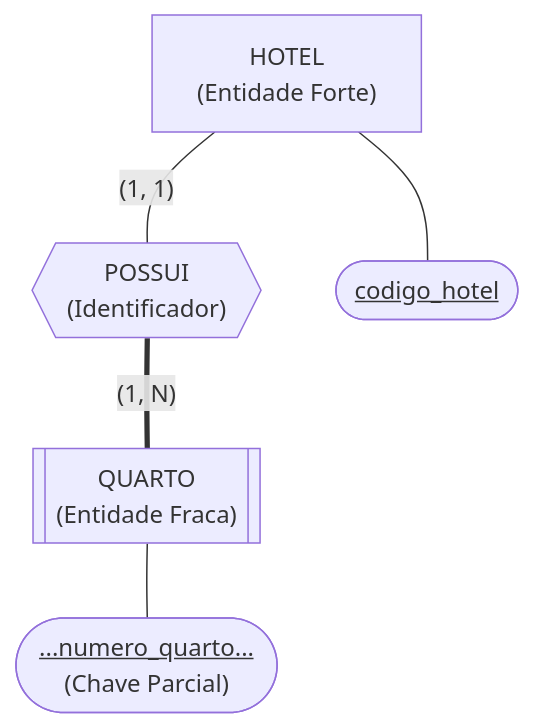
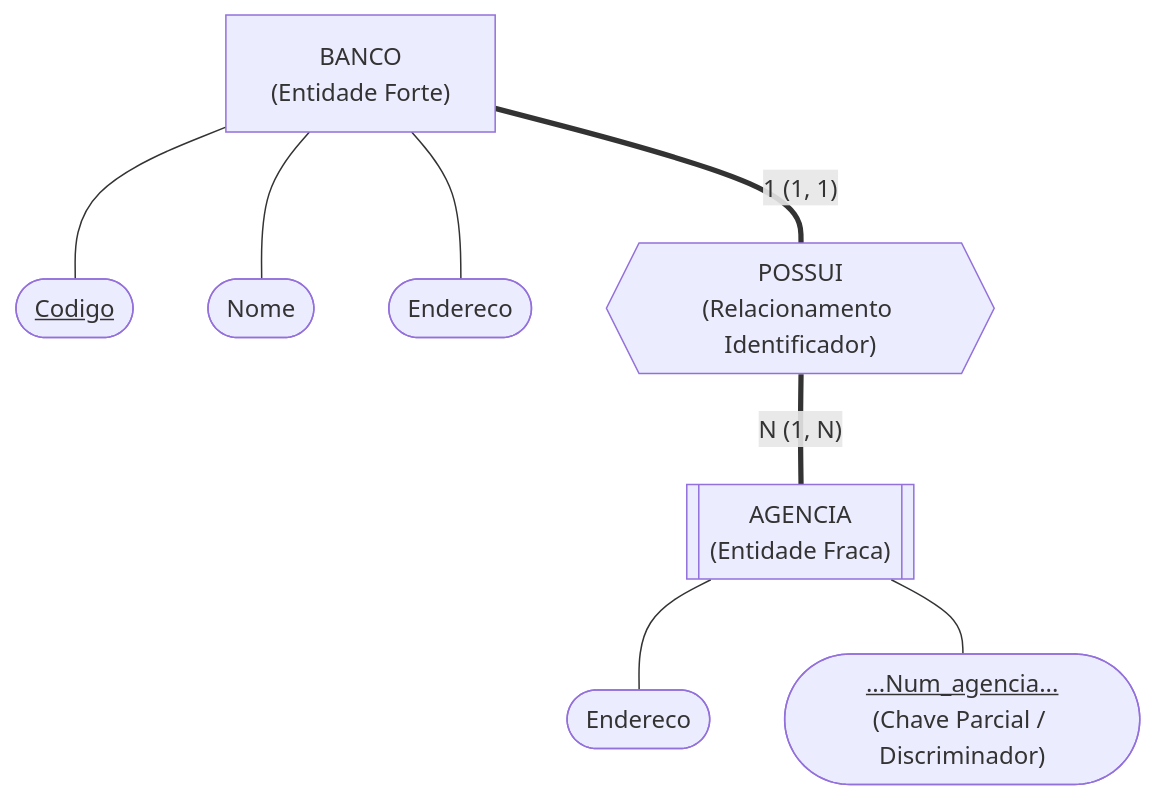
The first of 4 diagrams in 02. Modelagem de Dados/07. Modelo de entidades e relacionamentos estendido.md (leorruas/puc), drawn with Mermaid before and after one commit. The commit also changed other lines of this file, not shown here.

````diff
--- a/02. Modelagem de Dados/07. Modelo de entidades e relacionamentos estendido.md
+++ b/02. Modelagem de Dados/07. Modelo de entidades e relacionamentos estendido.md
@@ -48,11 +63,20 @@
 ```mermaid
 flowchart TD
-    Hotel["HOTEL<br>(Entidade Forte)"] ---|"(1, 1)"| RelPossui{{"POSSUI<br>(Identificador)"}}
-    RelPossui ===|"(1, N)"| Quarto[["QUARTO<br>(Entidade Fraca)"]]
+    Banco["BANCO<br>(Entidade Forte)"]
+    CodBanco(["<u>Codigo</u>"])
+    NomeBanco(["Nome"])
+    EndBanco(["Endereco"])
 
-    Cnpj(["<u>codigo_hotel</u>"])
-    NumQuarto(["<u>...numero_quarto...</u><br>(Chave Parcial)"])
+    Banco --- CodBanco
+    Banco --- NomeBanco
+    Banco --- EndBanco
 
-    Hotel --- Cnpj
-    Quarto --- NumQuarto
+    Banco ===|"1 (1, 1)"| RelPossui{{"POSSUI<br>(Relacionamento Identificador)"}}
+    RelPossui ===|"N (1, N)"| Agencia[["AGENCIA<br>(Entidade Fraca)"]]
+
+    EndAgencia(["Endereco"])
+    NumAgencia(["<u>...Num_agencia...</u><br>(Chave Parcial / Discriminador)"])
+
+    Agencia --- EndAgencia
+    Agencia --- NumAgencia
 ```
````
